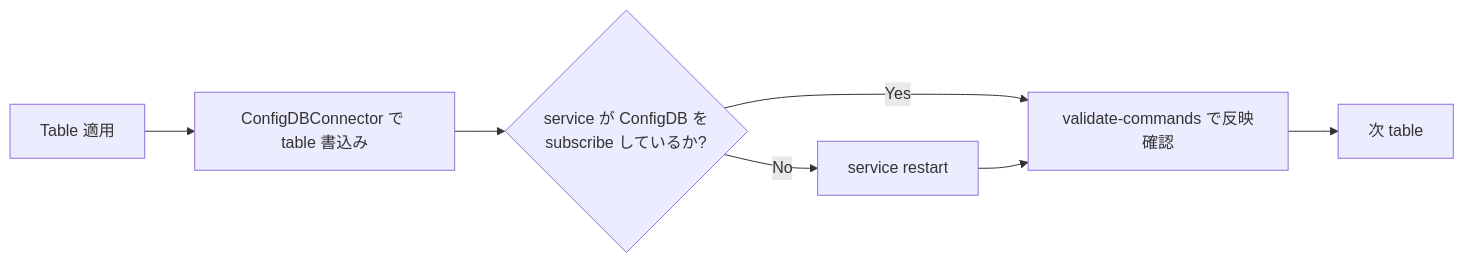
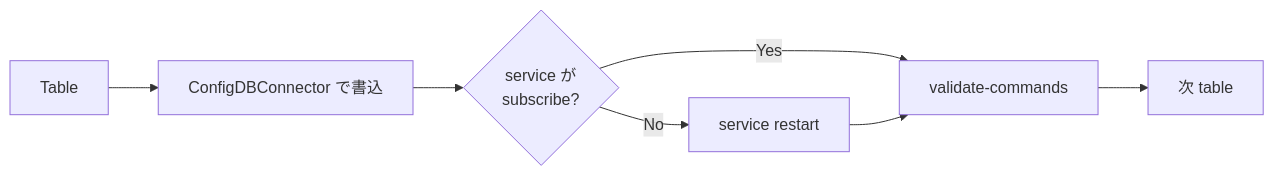
The second of 2 diagrams in docs/architecture/json-change-application.md (aoki-taquan/sonic-unofficial-docs), drawn with Mermaid before and after one commit. The commit also changed other lines of this file and 4 other files, not shown here.

First line of the commit message:
[quality] HLD architecture 5 件 再構成

````diff
--- a/docs/architecture/json-change-application.md
+++ b/docs/architecture/json-change-application.md
@@ -56,9 +61,8 @@
 ```mermaid
 flowchart LR
-    T[Table 適用] --> W[ConfigDBConnector で table 書込み]
-    W --> R{service が ConfigDB を<br/>subscribe しているか?}
-    R -->|Yes| V[validate-commands で反映確認]
-    R -->|No| RS[service restart]
-    RS --> V
+    T[Table] --> W[ConfigDBConnector で書込]
+    W --> R{service が<br/>subscribe?}
+    R -->|Yes| V[validate-commands]
+    R -->|No| RS[service restart] --> V
     V --> NEXT[次 table]
 ```
````
